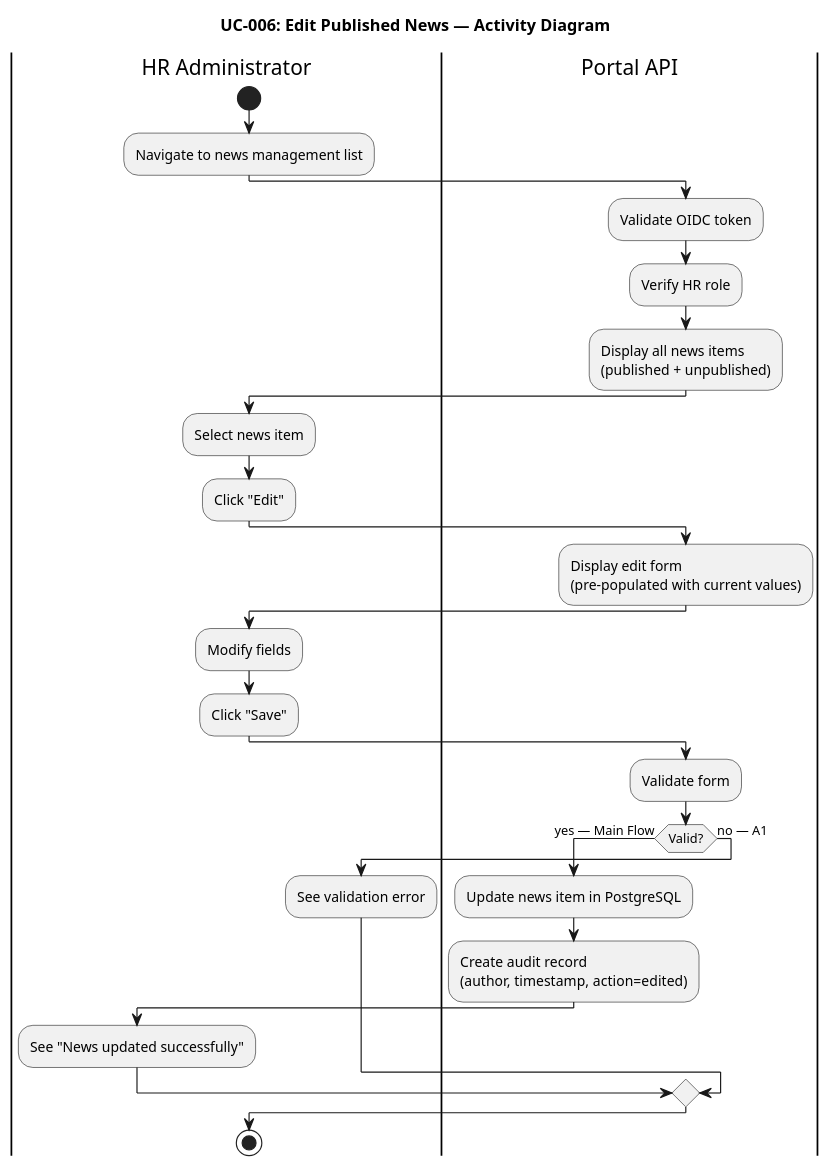
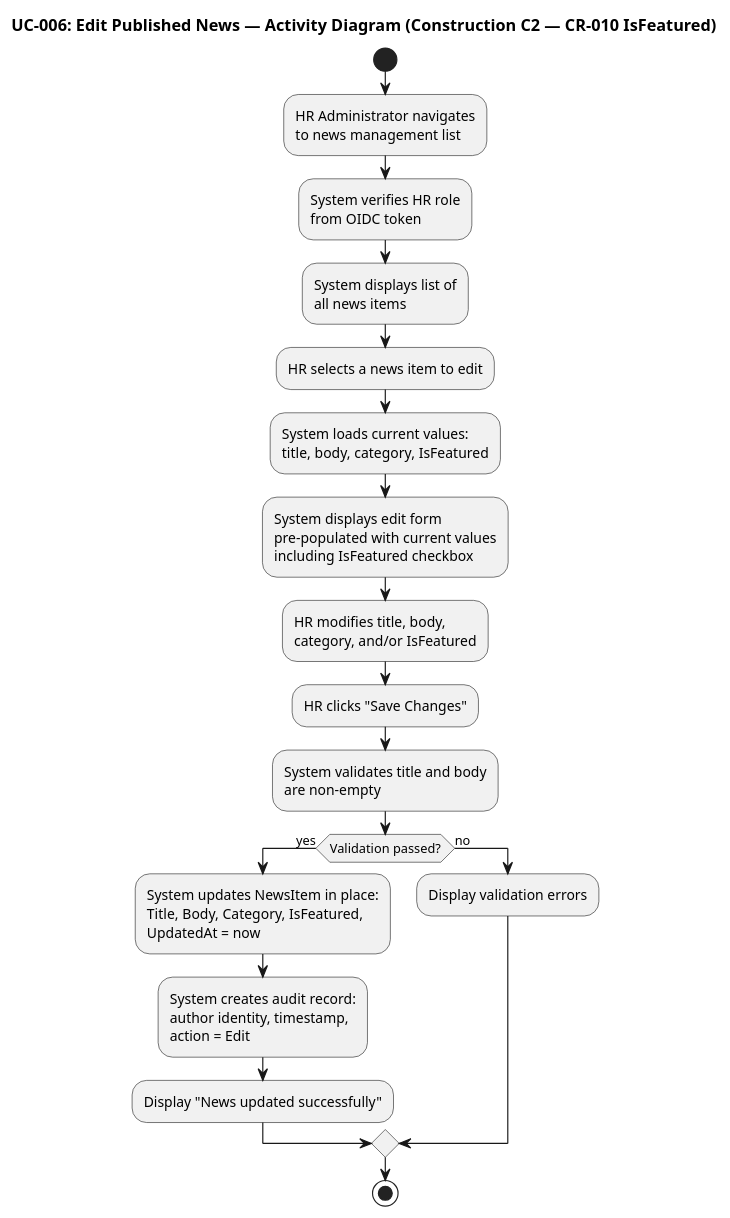
One commit to banense-test/portal-cuba-corp changed the seventh of 12 diagrams in docs/artifacts/requirements/use-case-model.md. Above: the diagram before and after it, drawn with PlantUML. The commit also changed other lines of this file, not shown here.

First line of the commit message:
System Analyst [C2]: upsert Use-Case Model

````diff
--- a/docs/artifacts/requirements/use-case-model.md
+++ b/docs/artifacts/requirements/use-case-model.md
@@ -478,33 +420,36 @@
 ```plantuml
 @startuml
-title UC-006: Edit Published News — Activity Diagram
+title UC-006: Edit Published News — Activity Diagram (Construction C2 — CR-010 IsFeatured)
 
-|HR Administrator|
 start
-:Navigate to news management list;
-|Portal API|
-:Validate OIDC token;
-:Verify HR role;
-:Display all news items\n(published + unpublished);
-|HR Administrator|
-:Select news item;
-:Click "Edit";
-|Portal API|
-:Display edit form\n(pre-populated with current values);
-|HR Administrator|
-:Modify fields;
-:Click "Save";
-|Portal API|
-:Validate form;
-if (Valid?) then (yes — Main Flow)
-  :Update news item in PostgreSQL;
-  :Create audit record\n(author, timestamp, action=edited);
-  |HR Administrator|
-  :See "News updated successfully";
-else (no — A1)
-  |HR Administrator|
-  :See validation error;
+:HR Administrator navigates
+to news management list;
+:System verifies HR role
+from OIDC token;
+:System displays list of
+all news items;
+:HR selects a news item to edit;
+:System loads current values:
+title, body, category, IsFeatured;
+:System displays edit form
+pre-populated with current values
+including IsFeatured checkbox;
+:HR modifies title, body,
+category, and/or IsFeatured;
+:HR clicks "Save Changes";
+:System validates title and body
+are non-empty;
+if (Validation passed?) then (yes)
+  :System updates NewsItem in place:
+  Title, Body, Category, IsFeatured,
+  UpdatedAt = now;
+  :System creates audit record:
+  author identity, timestamp,
+  action = Edit;
+  :Display "News updated successfully";
+else (no)
+  :Display validation errors;
 endif
 stop
 @enduml
 ```
````
